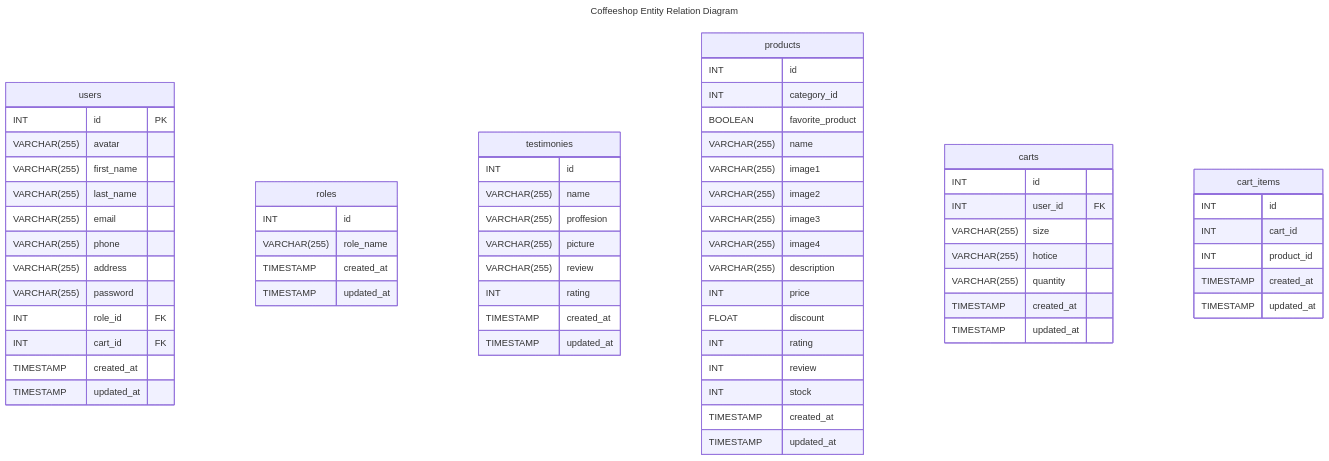
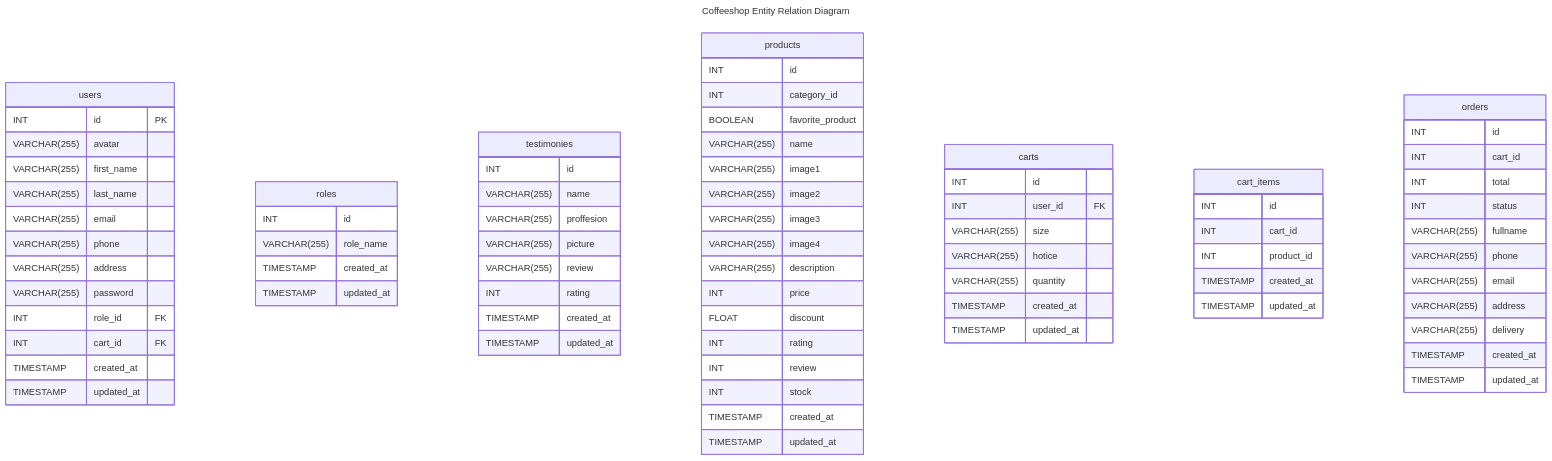
One commit to rezafauzan/koda-b6-db changed the diagram in readme.md. Above: the diagram before and after it, drawn with Mermaid.

Commit message:
Feat: add new entity orders

````diff
--- a/readme.md
+++ b/readme.md
@@ -74,4 +74,18 @@
         TIMESTAMP created_at
         TIMESTAMP updated_at
     }
+    
+    orders{
+        INT id
+        INT cart_id
+        INT total
+        INT status
+        VARCHAR(255) fullname
+        VARCHAR(255) phone
+        VARCHAR(255) email
+        VARCHAR(255) address
+        VARCHAR(255) delivery
+        TIMESTAMP created_at
+        TIMESTAMP updated_at
+    }
 ```
````
